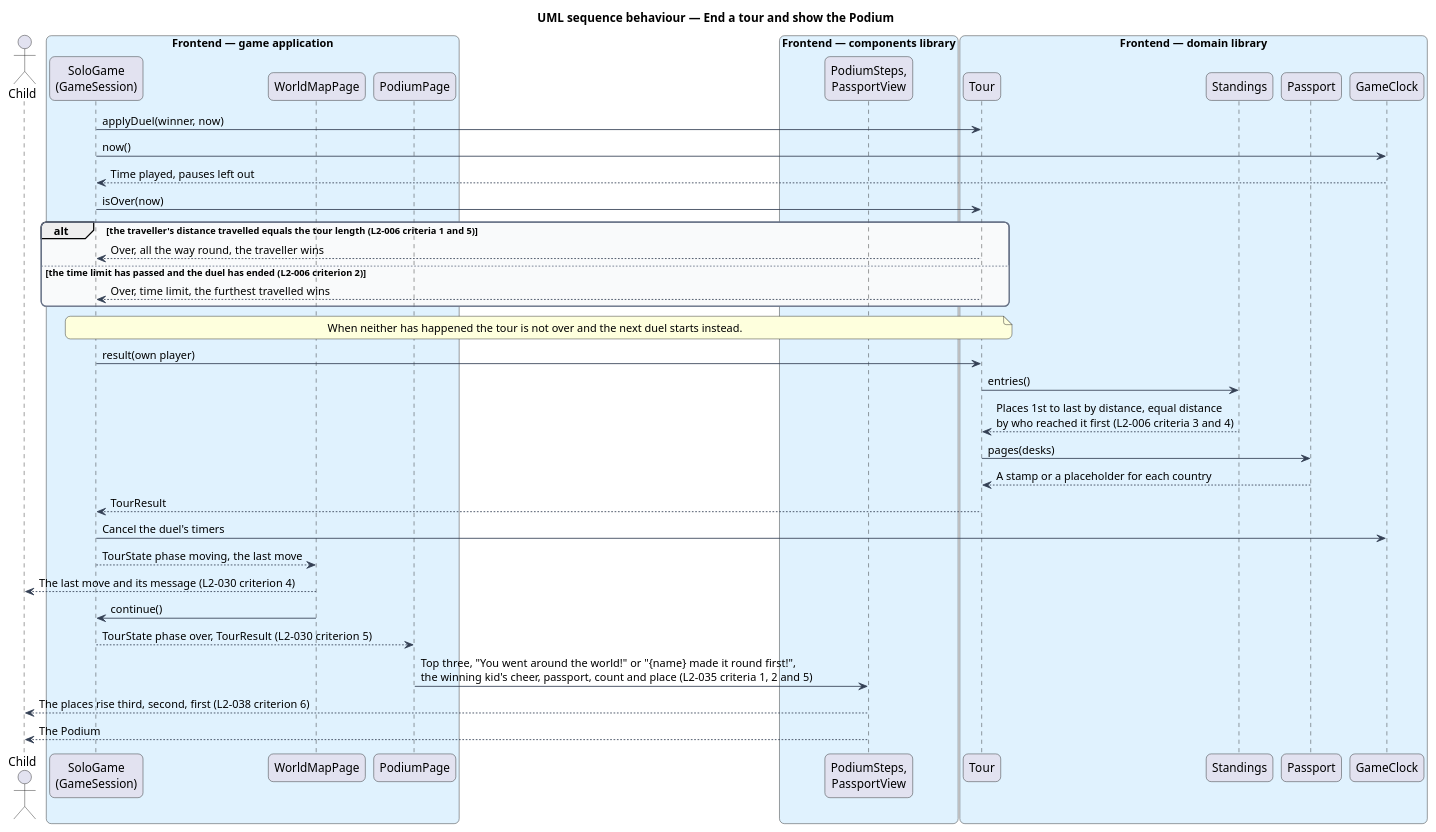
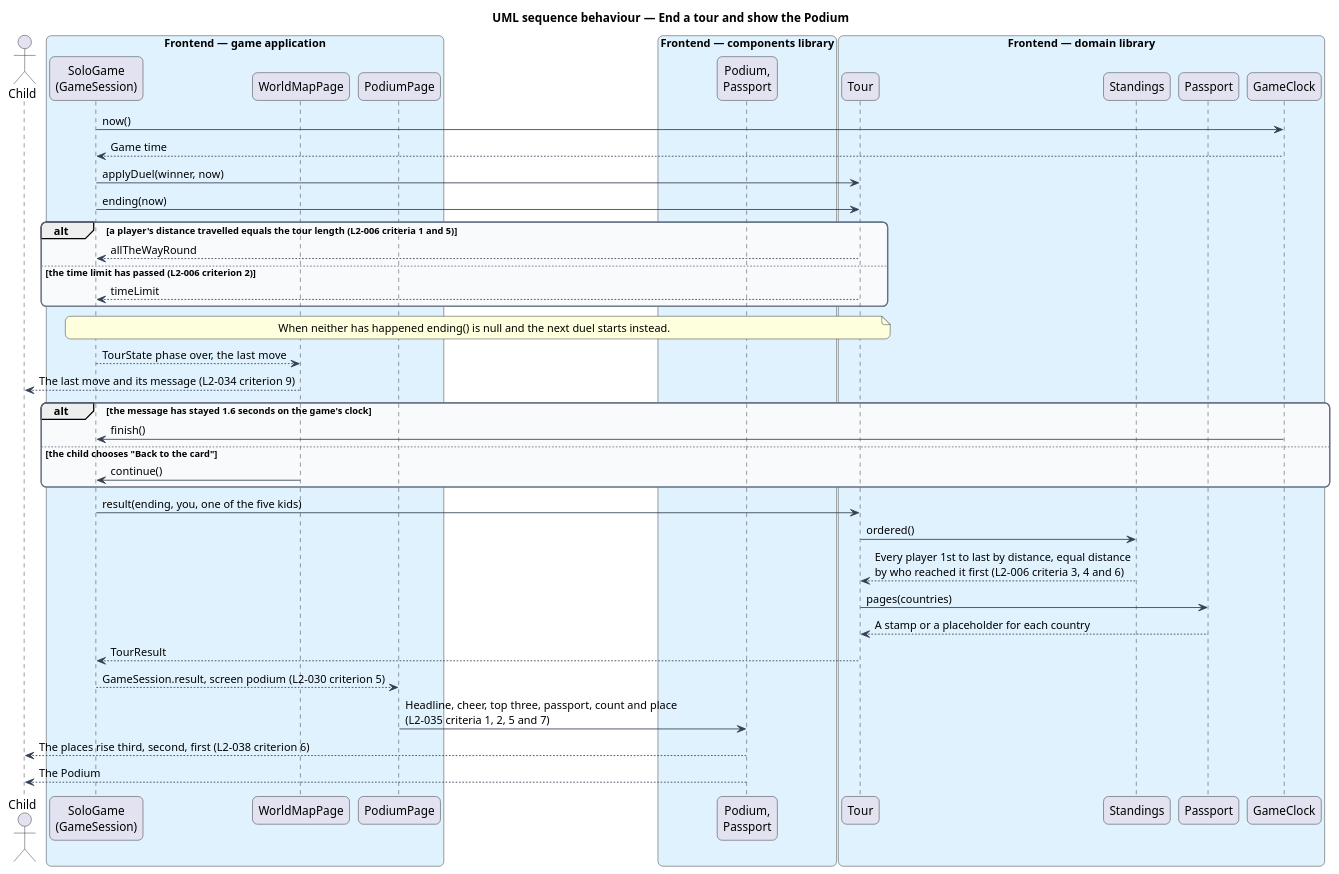
One commit to QuinntyneBrown/around-the-world changed the diagram in docs/detailed-designs/tour/end-tour/diagrams/sequence-end-tour.puml. Above: the diagram before and after it, drawn with PlantUML. The commit also changed 13 other files, not shown here.

First line of the commit message:
Settle how a tour ends: time limit, places, first stamp, headline and Play again

```diff
--- a/docs/detailed-designs/tour/end-tour/diagrams/sequence-end-tour.puml
+++ b/docs/detailed-designs/tour/end-tour/diagrams/sequence-end-tour.puml
@@ -1,56 +1,59 @@
 @startuml
 title UML sequence behaviour — End a tour and show the Podium
 skinparam backgroundColor #FFFFFF
 skinparam shadowing false
 skinparam roundcorner 12
 skinparam defaultFontName Arial
 skinparam ArrowColor #344054
 skinparam rectangle {
   BorderColor #344054
   FontColor #101828
 }
 skinparam package {
   BorderColor #667085
   FontColor #101828
   BackgroundColor #F9FAFB
 }
 actor "Child" as child
 box "Frontend — game application" #E0F2FE
   participant "SoloGame\n(GameSession)" as solo
   participant "WorldMapPage" as map
   participant "PodiumPage" as page
 end box
 box "Frontend — components library" #E0F2FE
-  participant "PodiumSteps,\nPassportView" as views
+  participant "Podium,\nPassport" as views
 end box
 box "Frontend — domain library" #E0F2FE
   participant "Tour" as tour
   participant "Standings" as standings
   participant "Passport" as passport
   participant "GameClock" as clock
 end box
+solo -> clock : now()
+clock --> solo : Game time
 solo -> tour : applyDuel(winner, now)
-solo -> clock : now()
-clock --> solo : Time played, pauses left out
-solo -> tour : isOver(now)
-alt the traveller's distance travelled equals the tour length (L2-006 criteria 1 and 5)
-  tour --> solo : Over, all the way round, the traveller wins
-else the time limit has passed and the duel has ended (L2-006 criterion 2)
-  tour --> solo : Over, time limit, the furthest travelled wins
+solo -> tour : ending(now)
+alt a player's distance travelled equals the tour length (L2-006 criteria 1 and 5)
+  tour --> solo : allTheWayRound
+else the time limit has passed (L2-006 criterion 2)
+  tour --> solo : timeLimit
 end
-note over solo, tour : When neither has happened the tour is not over and the next duel starts instead.
-solo -> tour : result(own player)
-tour -> standings : entries()
-standings --> tour : Places 1st to last by distance, equal distance\nby who reached it first (L2-006 criteria 3 and 4)
-tour -> passport : pages(desks)
+note over solo, tour : When neither has happened ending() is null and the next duel starts instead.
+solo --> map : TourState phase over, the last move
+map --> child : The last move and its message (L2-034 criterion 9)
+alt the message has stayed 1.6 seconds on the game's clock
+  clock -> solo : finish()
+else the child chooses "Back to the card"
+  map -> solo : continue()
+end
+solo -> tour : result(ending, you, one of the five kids)
+tour -> standings : ordered()
+standings --> tour : Every player 1st to last by distance, equal distance\nby who reached it first (L2-006 criteria 3, 4 and 6)
+tour -> passport : pages(countries)
 passport --> tour : A stamp or a placeholder for each country
 tour --> solo : TourResult
-solo -> clock : Cancel the duel's timers
-solo --> map : TourState phase moving, the last move
-map --> child : The last move and its message (L2-030 criterion 4)
-map -> solo : continue()
-solo --> page : TourState phase over, TourResult (L2-030 criterion 5)
-page -> views : Top three, "You went around the world!" or "{name} made it round first!",\nthe winning kid's cheer, passport, count and place (L2-035 criteria 1, 2 and 5)
+solo --> page : GameSession.result, screen podium (L2-030 criterion 5)
+page -> views : Headline, cheer, top three, passport, count and place\n(L2-035 criteria 1, 2, 5 and 7)
 views --> child : The places rise third, second, first (L2-038 criterion 6)
 views --> child : The Podium
 @enduml
```
